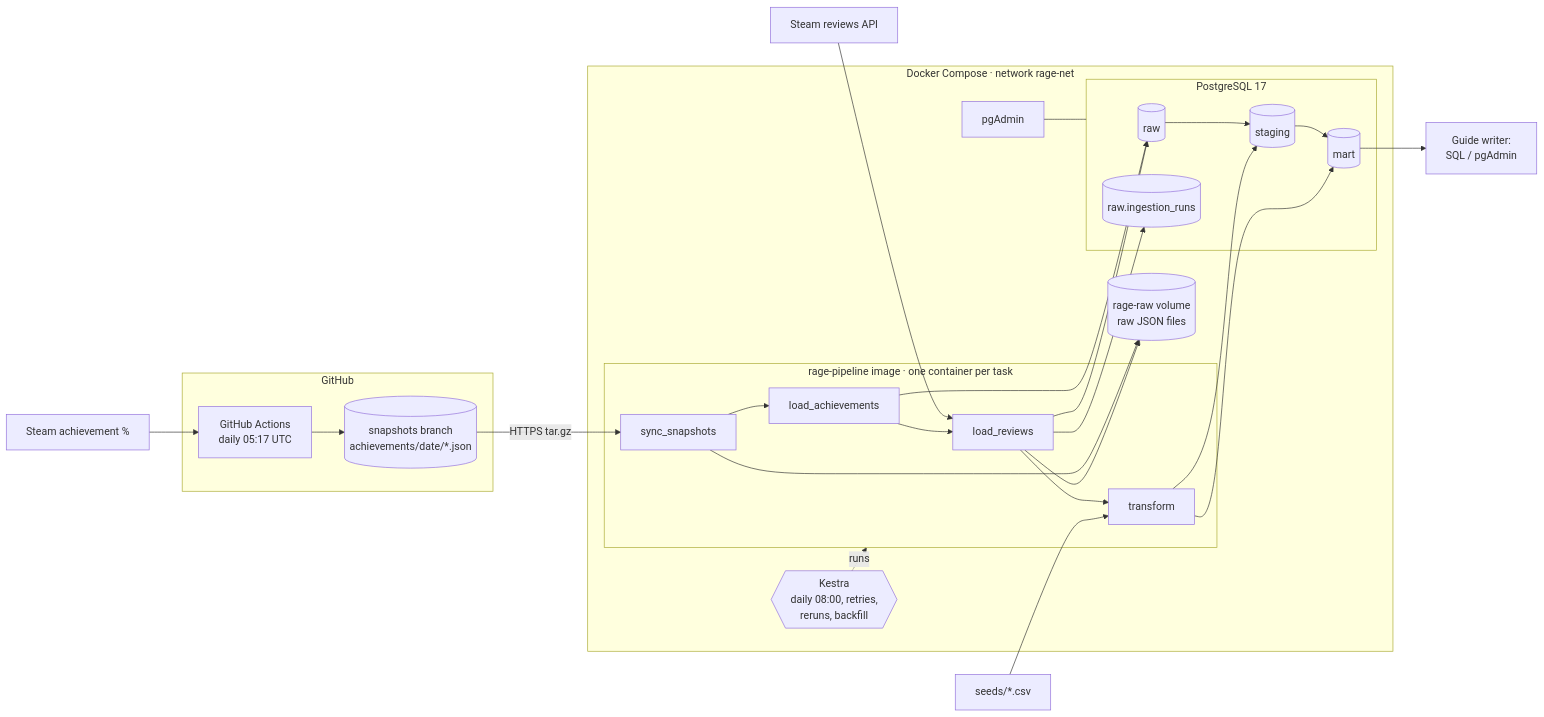
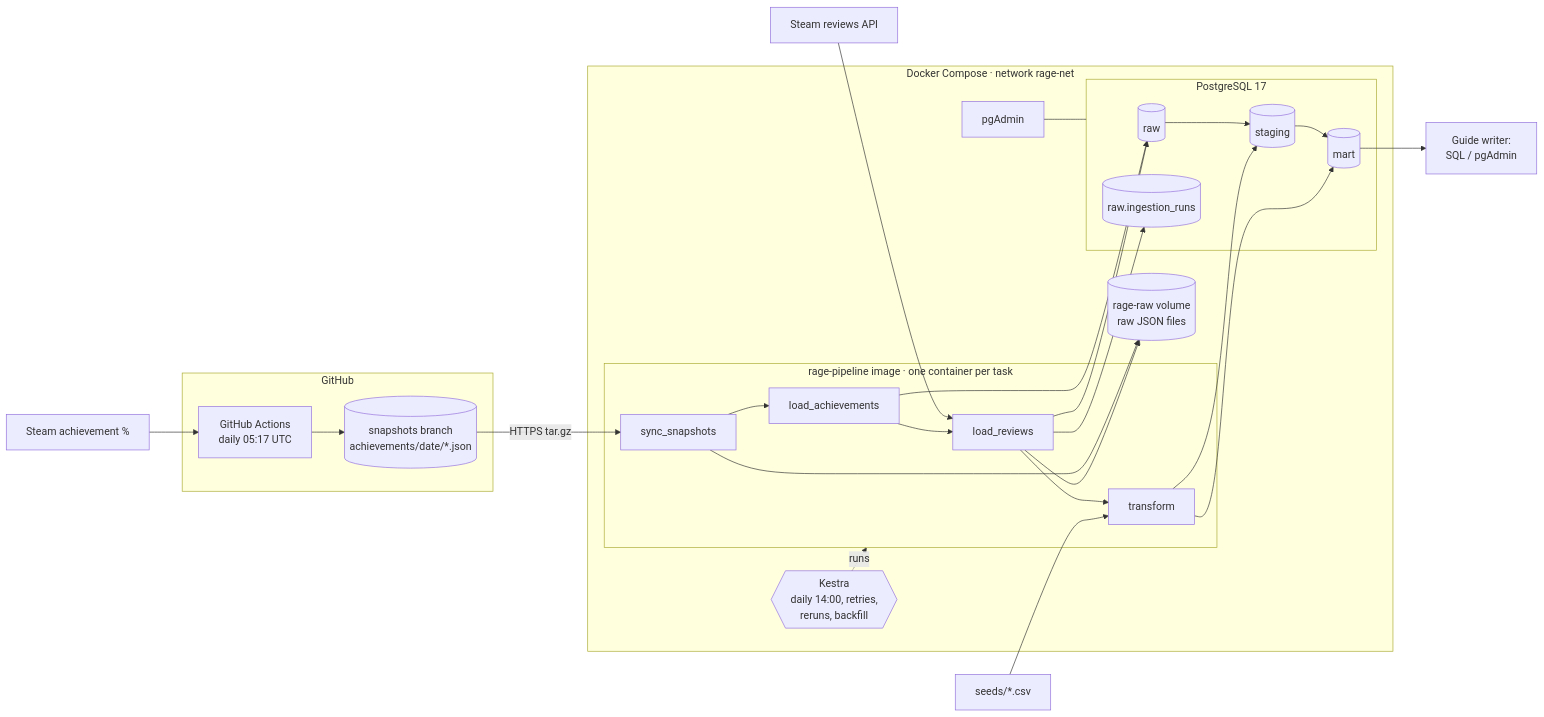
Before and after one commit to nee-source/elden-ring-rage-index: the diagram in docs/architecture-v0.2.md, drawn with Mermaid. The commit also changed 2 other files, not shown here.

Commit message:
run kestra at 14:00 and make verify queries work in powershell

````diff
--- a/docs/architecture-v0.2.md
+++ b/docs/architecture-v0.2.md
@@ -7,31 +7,31 @@
 ```mermaid
 flowchart LR
     subgraph GH[GitHub]
         GA[GitHub Actions<br/>daily 05:17 UTC] --> SB[(snapshots branch<br/>achievements/date/*.json)]
     end
     A[Steam achievement %] --> GA
     R[Steam reviews API] --> LR
 
     subgraph DC[Docker Compose · network rage-net]
-        K{{Kestra<br/>daily 08:00, retries,<br/>reruns, backfill}}
+        K{{Kestra<br/>daily 14:00, retries,<br/>reruns, backfill}}
         subgraph P[rage-pipeline image · one container per task]
             SS[sync_snapshots] --> LA[load_achievements] --> LR[load_reviews] --> T[transform]
         end
         V[(rage-raw volume<br/>raw JSON files)]
         subgraph PG[PostgreSQL 17]
             RAW[(raw)] --> STG[(staging)] --> MART[(mart)]
             RUNS[(raw.ingestion_runs)]
         end
         ADM[pgAdmin]
     end
 
     SB -->|HTTPS tar.gz| SS
     K -.runs.-> P
     SS & LR --> V
     LA & LR --> RAW
     LR --> RUNS
     SEED[seeds/*.csv] --> T
     T --> STG & MART
     MART --> U[Guide writer:<br/>SQL / pgAdmin]
     ADM --- PG
 ```
````
